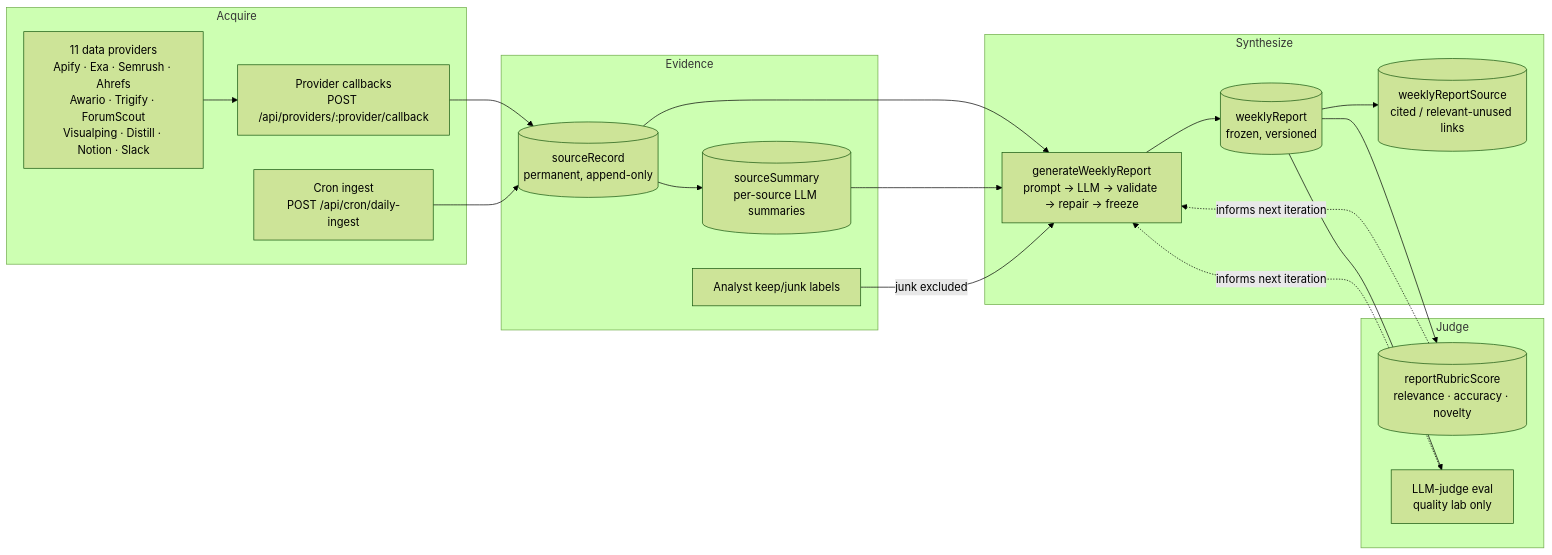
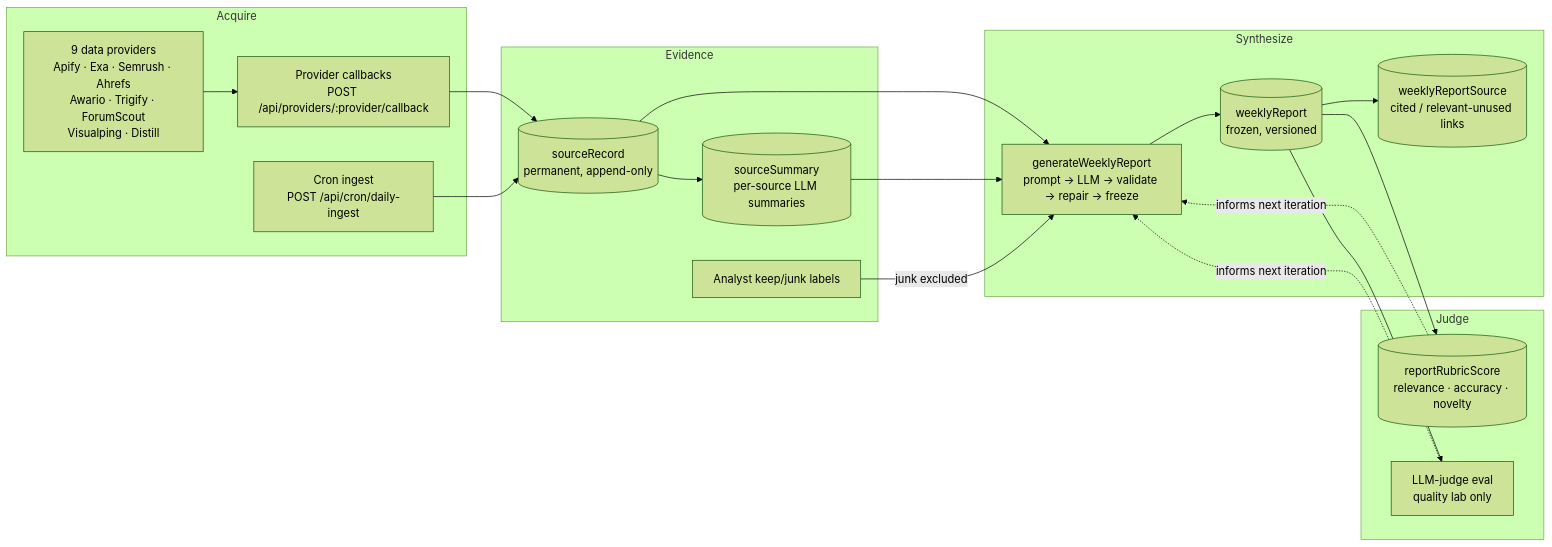
Before and after one commit to hbmartin/raffy-research: the first of 5 diagrams in README.md, drawn with Mermaid (forest theme). The commit also changed other lines of this file and 36 other files, not shown here.

````diff
--- a/README.md
+++ b/README.md
@@ -28,34 +28,34 @@
 ```mermaid
 flowchart LR
     subgraph Acquire
-        P[11 data providers<br/>Apify · Exa · Semrush · Ahrefs<br/>Awario · Trigify · ForumScout<br/>Visualping · Distill · Notion · Slack]
+        P[9 data providers<br/>Apify · Exa · Semrush · Ahrefs<br/>Awario · Trigify · ForumScout<br/>Visualping · Distill]
         CB[Provider callbacks<br/>POST /api/providers/:provider/callback]
         CRON[Cron ingest<br/>POST /api/cron/daily-ingest]
     end
     subgraph Evidence
         SR[(sourceRecord<br/>permanent, append-only)]
         SS[(sourceSummary<br/>per-source LLM summaries)]
         LBL[Analyst keep/junk labels]
     end
     subgraph Synthesize
         GEN[generateWeeklyReport<br/>prompt → LLM → validate → repair → freeze]
         WR[(weeklyReport<br/>frozen, versioned)]
         LINKS[(weeklyReportSource<br/>cited / relevant-unused links)]
     end
     subgraph Judge
         RUB[(reportRubricScore<br/>relevance · accuracy · novelty)]
         EVAL[LLM-judge eval<br/>quality lab only]
     end
 
     P --> CB --> SR
     CRON --> SR
     SR --> SS
     SR --> GEN
     SS --> GEN
     LBL -- junk excluded --> GEN
     GEN --> WR --> LINKS
     WR --> RUB
     WR --> EVAL
     RUB -. informs next iteration .-> GEN
     EVAL -. informs next iteration .-> GEN
 ```
````
